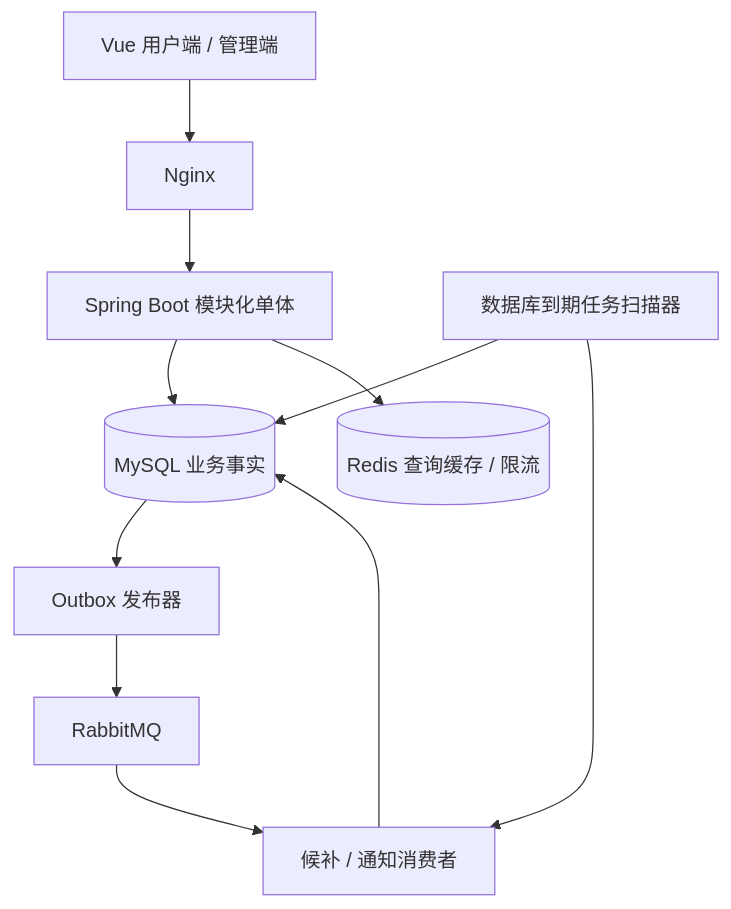
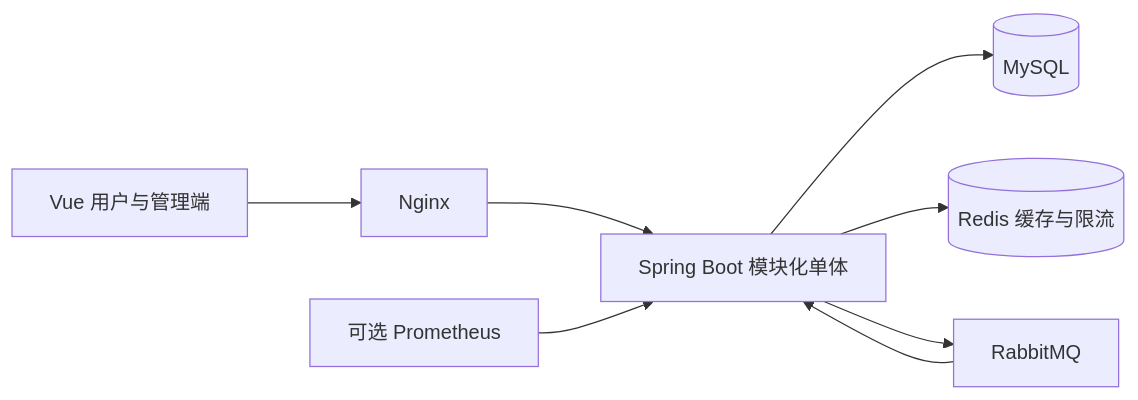
The diagram in docs/FlashSlot-开发设计文档.md (Xstars3279/flashslot), drawn with Mermaid before and after one commit. The commit also changed other lines of this file and 18 other files, not shown here.

````diff
--- a/docs/FlashSlot-开发设计文档.md
+++ b/docs/FlashSlot-开发设计文档.md
@@ -183,13 +9,10 @@
 ```mermaid
-flowchart TD
-  U[Vue 用户端 / 管理端] --> N[Nginx]
-  N --> A[Spring Boot 模块化单体]
-  A --> D[(MySQL 业务事实)]
-  A --> R[(Redis 查询缓存 / 限流)]
-  D --> O[Outbox 发布器]
-  O --> M[RabbitMQ]
-  M --> W[候补 / 通知消费者]
-  W --> D
-  S[数据库到期任务扫描器] --> D
-  S --> W
+flowchart LR
+    Browser[Vue 用户与管理端] --> Nginx
+    Nginx --> App[Spring Boot 模块化单体]
+    App --> DB[(MySQL)]
+    App --> Redis[(Redis 缓存与限流)]
+    App --> MQ[RabbitMQ]
+    MQ --> App
+    Metrics[可选 Prometheus] --> App
 ```
````
